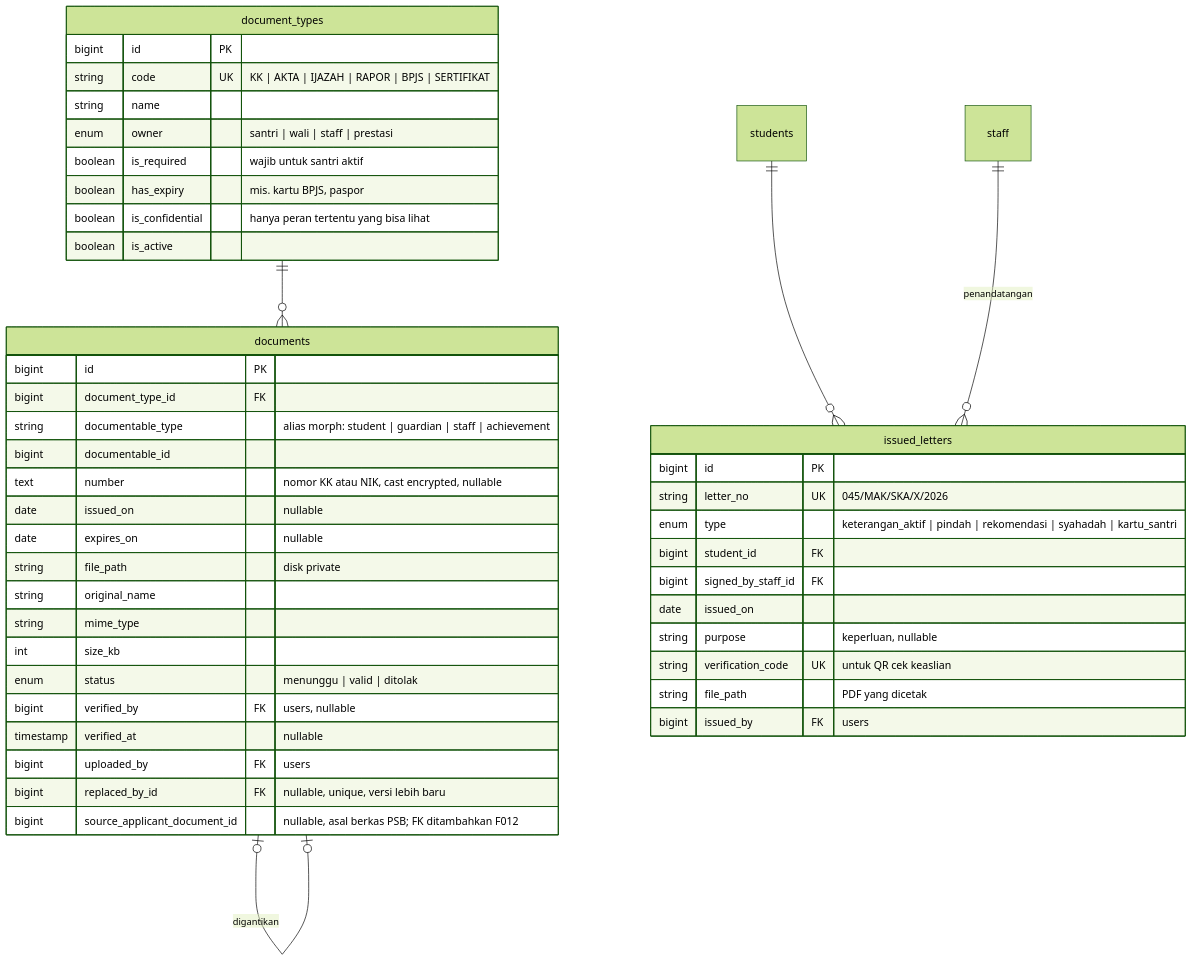
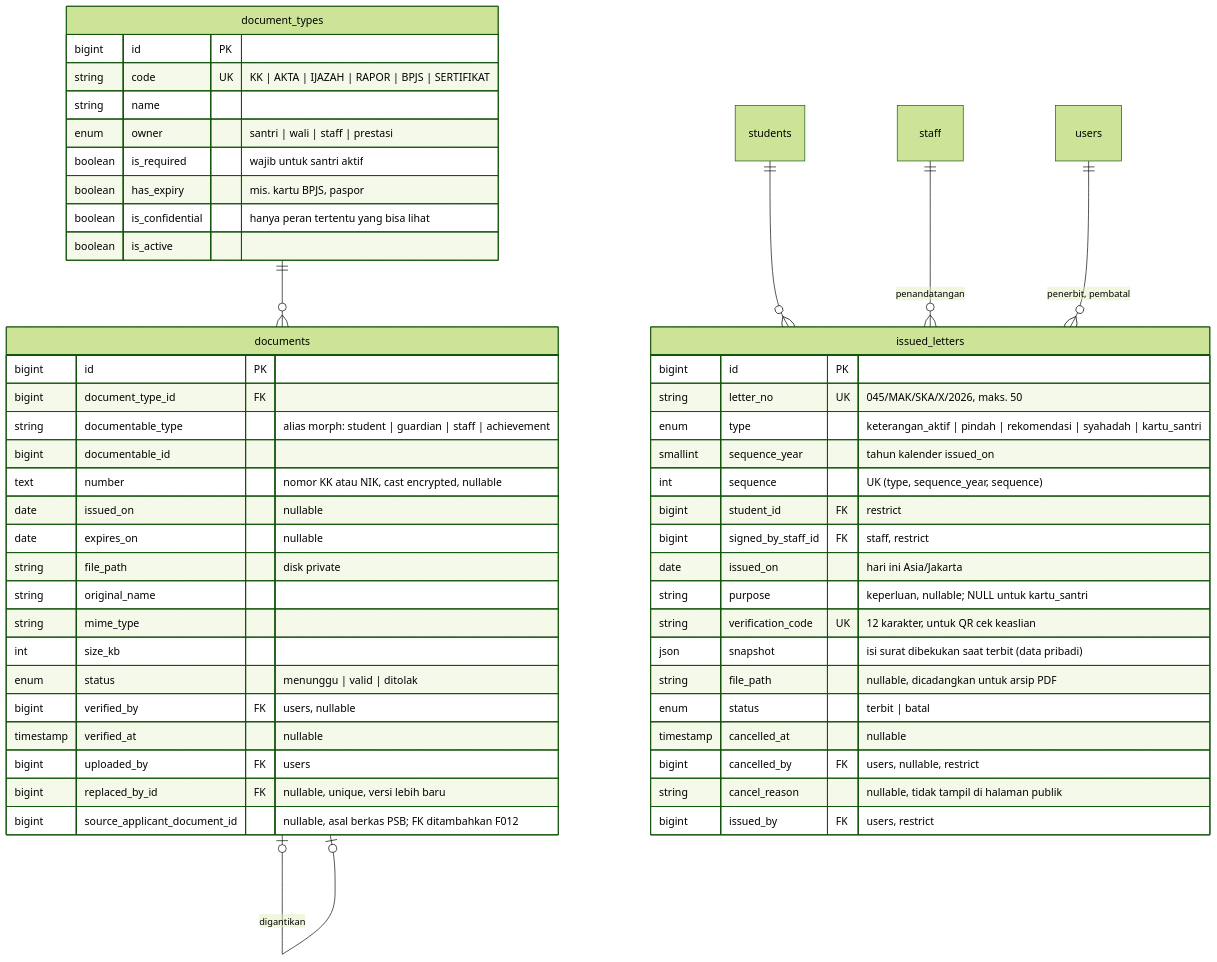
Before and after one commit to dankedev/pondok: the sixth of 11 diagrams in docs/erd.md, drawn with Mermaid (forest theme). The commit also changed other lines of this file and 9 other files, not shown here.

Commit message:
feat(dokumen): tabel surat keluar dengan snapshot dan kode verifikasi

````diff
--- a/docs/erd.md
+++ b/docs/erd.md
@@ -384,49 +384,57 @@
 ```mermaid
 erDiagram
   document_types {
     bigint id PK
     string code UK "KK | AKTA | IJAZAH | RAPOR | BPJS | SERTIFIKAT"
     string name
     enum owner "santri | wali | staff | prestasi"
     boolean is_required "wajib untuk santri aktif"
     boolean has_expiry "mis. kartu BPJS, paspor"
     boolean is_confidential "hanya peran tertentu yang bisa lihat"
     boolean is_active
   }
   documents {
     bigint id PK
     bigint document_type_id FK
     string documentable_type "alias morph: student | guardian | staff | achievement"
     bigint documentable_id
     text number "nomor KK atau NIK, cast encrypted, nullable"
     date issued_on "nullable"
     date expires_on "nullable"
     string file_path "disk private"
     string original_name
     string mime_type
     int size_kb
     enum status "menunggu | valid | ditolak"
     bigint verified_by FK "users, nullable"
     timestamp verified_at "nullable"
     bigint uploaded_by FK "users"
     bigint replaced_by_id FK "nullable, unique, versi lebih baru"
     bigint source_applicant_document_id "nullable, asal berkas PSB; FK ditambahkan F012"
   }
   issued_letters {
     bigint id PK
-    string letter_no UK "045/MAK/SKA/X/2026"
+    string letter_no UK "045/MAK/SKA/X/2026, maks. 50"
     enum type "keterangan_aktif | pindah | rekomendasi | syahadah | kartu_santri"
-    bigint student_id FK
-    bigint signed_by_staff_id FK
-    date issued_on
-    string purpose "keperluan, nullable"
-    string verification_code UK "untuk QR cek keaslian"
-    string file_path "PDF yang dicetak"
-    bigint issued_by FK "users"
+    smallint sequence_year "tahun kalender issued_on"
+    int sequence "UK (type, sequence_year, sequence)"
+    bigint student_id FK "restrict"
+    bigint signed_by_staff_id FK "staff, restrict"
+    date issued_on "hari ini Asia/Jakarta"
+    string purpose "keperluan, nullable; NULL untuk kartu_santri"
+    string verification_code UK "12 karakter, untuk QR cek keaslian"
+    json snapshot "isi surat dibekukan saat terbit (data pribadi)"
+    string file_path "nullable, dicadangkan untuk arsip PDF"
+    enum status "terbit | batal"
+    timestamp cancelled_at "nullable"
+    bigint cancelled_by FK "users, nullable, restrict"
+    string cancel_reason "nullable, tidak tampil di halaman publik"
+    bigint issued_by FK "users, restrict"
   }
   document_types ||--o{ documents : ""
   documents |o--o| documents : "digantikan"
   students ||--o{ issued_letters : ""
   staff ||--o{ issued_letters : "penandatangan"
+  users ||--o{ issued_letters : "penerbit, pembatal"
   
 ```
````
